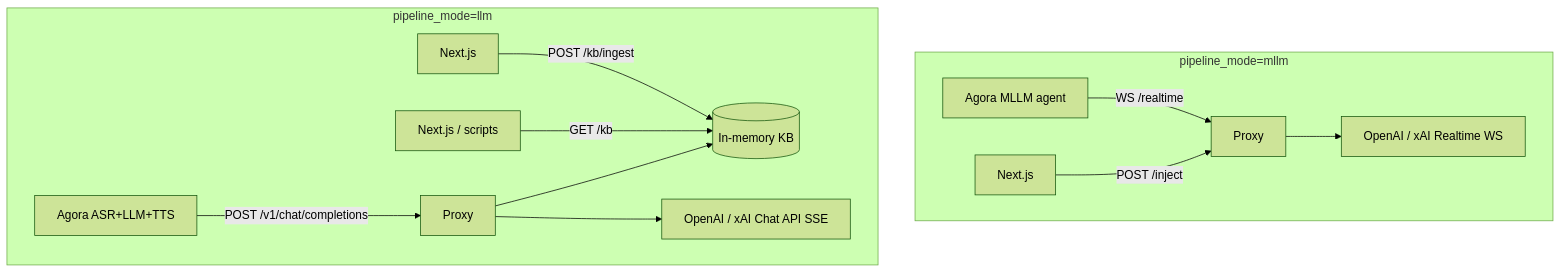
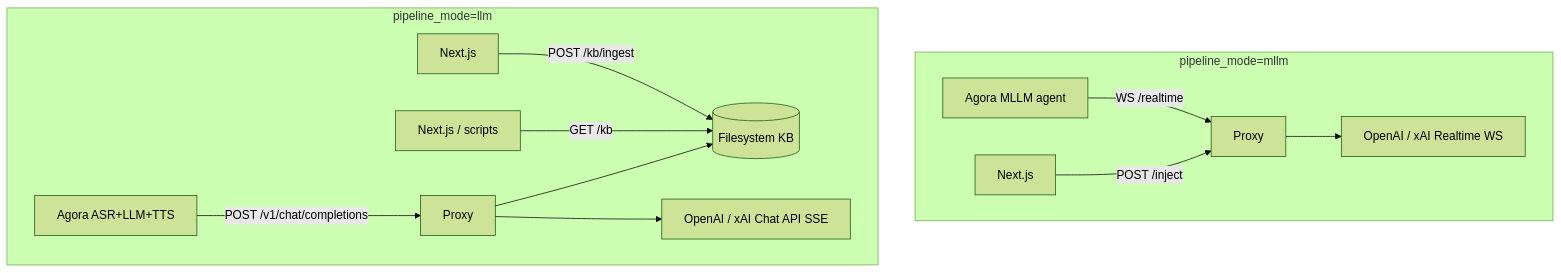
Before and after one commit to AgoraIO-Community/custom-mllm: the diagram in docs/prd.md, drawn with Mermaid (forest theme). The commit also changed other lines of this file and 13 other files, not shown here.

````diff
--- a/docs/prd.md
+++ b/docs/prd.md
@@ -60,16 +60,16 @@
 ```mermaid
 flowchart TB
   subgraph mllm [pipeline_mode=mllm]
     AgoraMLLM[Agora MLLM agent] -->|WS /realtime| ProxyWS[Proxy]
     NextInject[Next.js] -->|POST /inject| ProxyWS
     ProxyWS --> RealtimeAPI[OpenAI / xAI Realtime WS]
   end
 
   subgraph llm [pipeline_mode=llm]
     AgoraCascade[Agora ASR+LLM+TTS] -->|POST /v1/chat/completions| ProxyLLM[Proxy]
-    NextKB[Next.js] -->|POST /kb/ingest| KBStore[(In-memory KB)]
-  NextInspect[Next.js / scripts] -->|GET /kb| KBStore
+    NextKB[Next.js] -->|POST /kb/ingest| KBStore[(Filesystem KB)]
+    NextInspect[Next.js / scripts] -->|GET /kb| KBStore
     ProxyLLM --> KBStore
     ProxyLLM --> ChatAPI[OpenAI / xAI Chat API SSE]
   end
 ```
````
